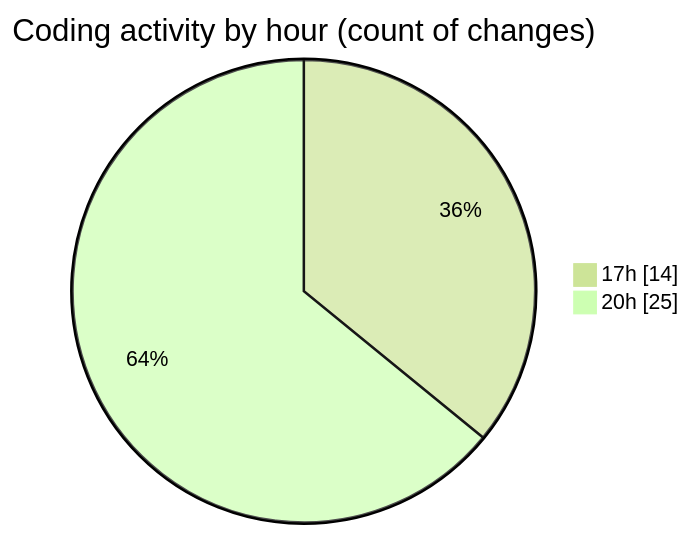
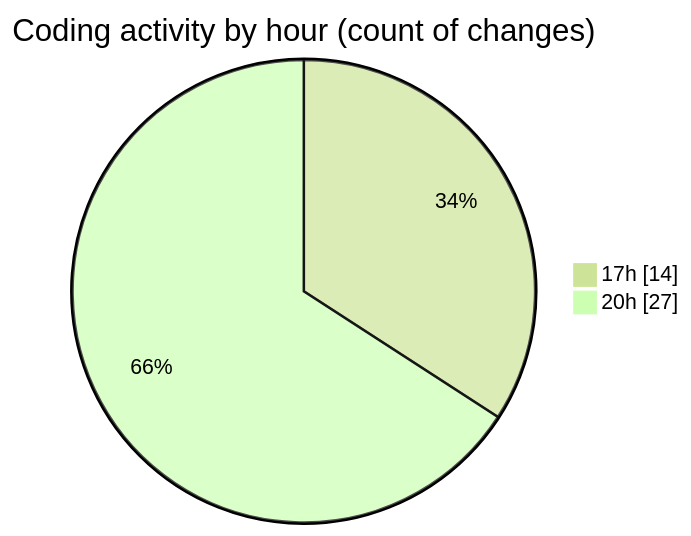
Before and after one commit to charlie-sans/code-tracking: the second of 2 diagrams in 2025-03-11/jmasm/README.md, drawn with Mermaid (forest theme). The commit also changed other lines of this file and 1 other file, not shown here.

````diff
--- a/2025-03-11/jmasm/README.md
+++ b/2025-03-11/jmasm/README.md
@@ -37,6 +37,6 @@
 ```mermaid
 pie showData
 title Coding activity by hour (count of changes)
 "17h" : 14
-"20h" : 25
+"20h" : 27
 ```
````
